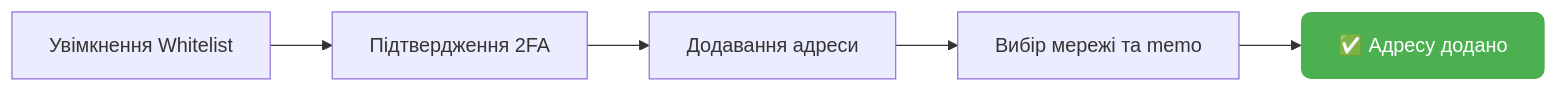
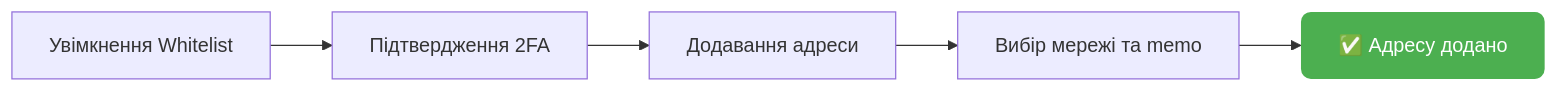
The sixth of 10 diagrams in src/content/docs/ua/exchanges/mexc-autopilot.md (AutoPilotSoftware/docs), drawn with Mermaid before and after one commit. The commit also changed other lines of this file and 2 other files, not shown here.

````diff
--- a/src/content/docs/ua/exchanges/mexc-autopilot.md
+++ b/src/content/docs/ua/exchanges/mexc-autopilot.md
@@ -241,9 +241,9 @@
 ```mermaid
 flowchart LR
-    A["Увiмкнення Whitelist"] --> B["Пiдтвердження 2FA"]
+    A["Увімкнення Whitelist"] --> B["Підтвердження 2FA"]
     B --> C["Додавання адреси"]
-    C --> D["Вибiр мережi та memo"]
+    C --> D["Вибір мережі та memo"]
     D --> E["✅ Адресу додано"]
 
     style E fill:#4CAF50,color:#fff,stroke:none,rx:8
 ```
````
